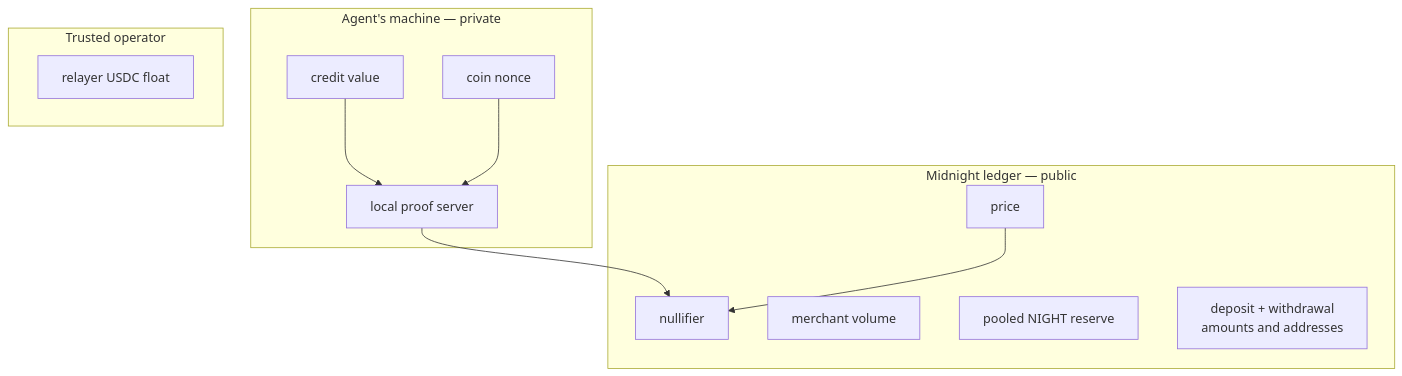
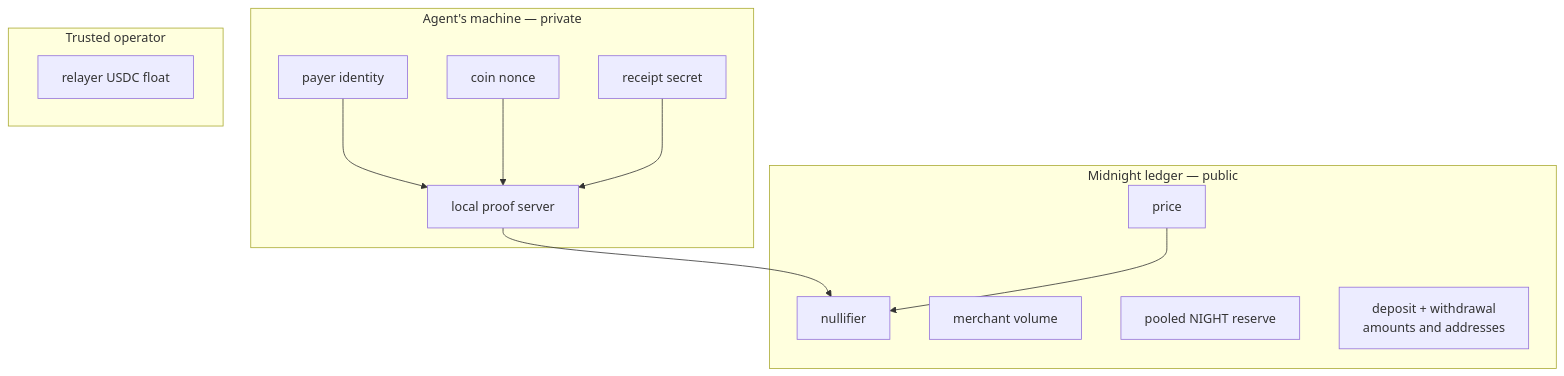
The ninth of 9 diagrams in docs/architecture/payment-flow.md (julianariel/m402), drawn with Mermaid before and after one commit. The commit also changed other lines of this file and 6 other files, not shown here.

````diff
--- a/docs/architecture/payment-flow.md
+++ b/docs/architecture/payment-flow.md
@@ -195,25 +222,27 @@
 ```mermaid
 flowchart TB
     subgraph private["Agent's machine — private"]
-        value["credit value"]
+        who["payer identity"]
         nonce["coin nonce"]
+        secret["receipt secret"]
         prover["local proof server"]
     end
 
     subgraph chain["Midnight ledger — public"]
         nullifier["nullifier"]
         price["price"]
         volume["merchant volume"]
         reserve["pooled NIGHT reserve"]
         deposits["deposit + withdrawal<br/>amounts and addresses"]
     end
 
     subgraph trusted["Trusted operator"]
         relayer["relayer USDC float"]
     end
 
-    value --> prover
+    who --> prover
     nonce --> prover
+    secret --> prover
     prover --> nullifier
     price --> nullifier
 ```
````
